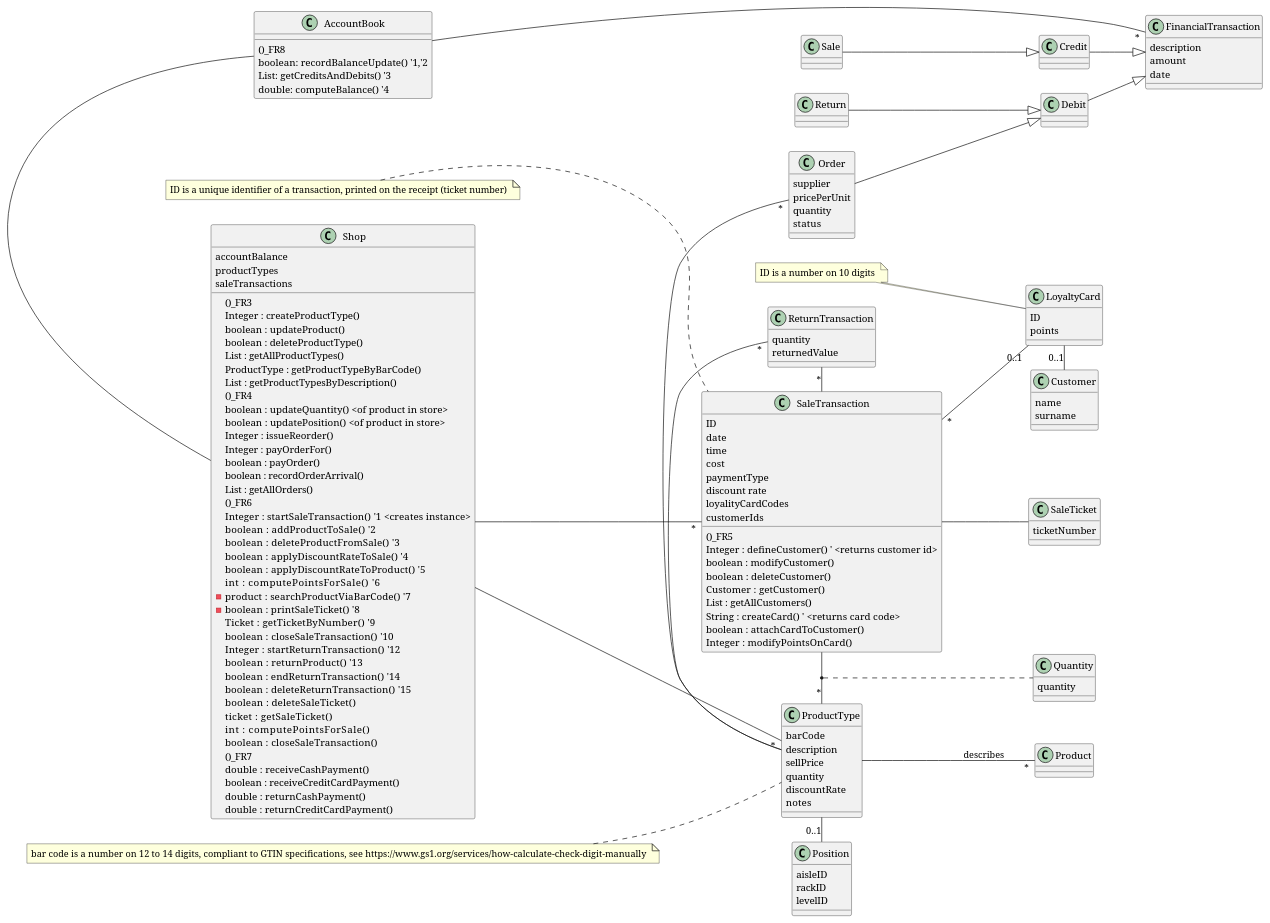
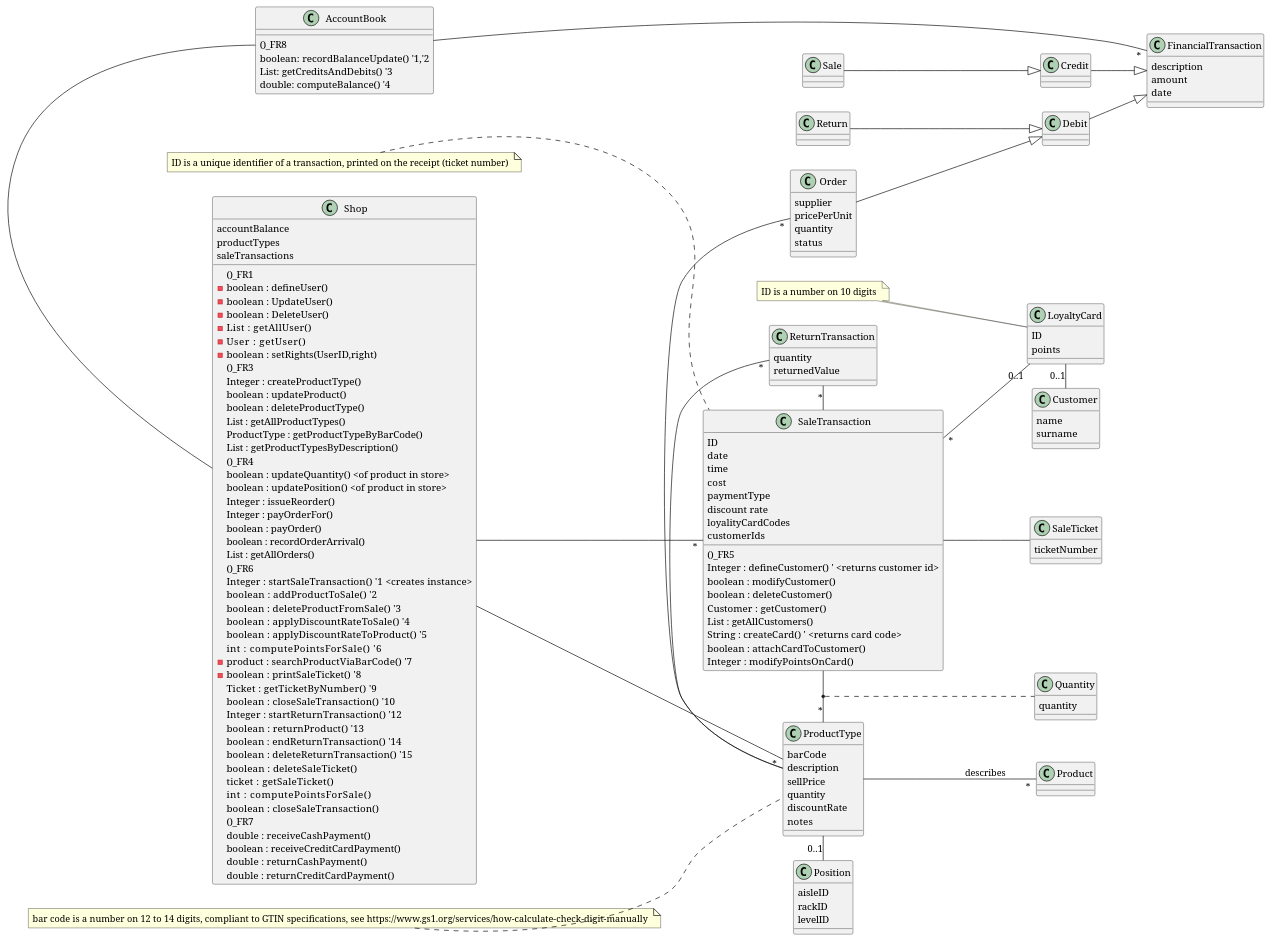
One commit to zitabou/EZShop changed the second of 2 diagrams in Deliverables/DesignDocument.md. Above: the diagram before and after it, drawn with PlantUML. The commit also changed other lines of this file, not shown here.

```diff
--- a/Deliverables/DesignDocument.md
+++ b/Deliverables/DesignDocument.md
@@ -53,7 +53,13 @@
     accountBalance
     productTypes
     saleTransactions
-    
+    ()_FR1
+    -boolean : defineUser()
+    -boolean : UpdateUser()
+    -boolean : DeleteUser()
+    -List    : getAllUser()
+    -User    : getUser()
+    -boolean : setRights(UserID,right)
     ()_FR3
     Integer : createProductType()
     boolean : updateProduct()
```
